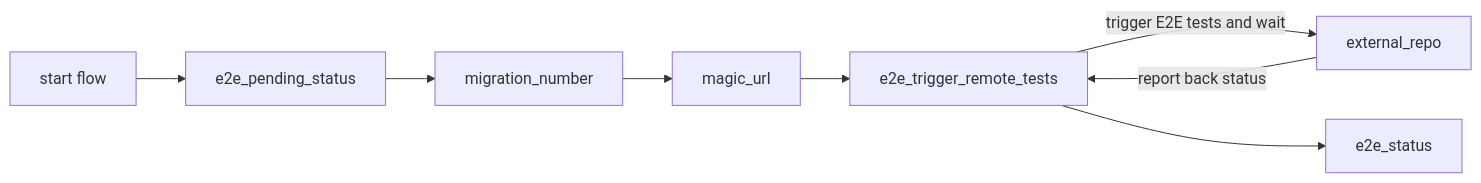
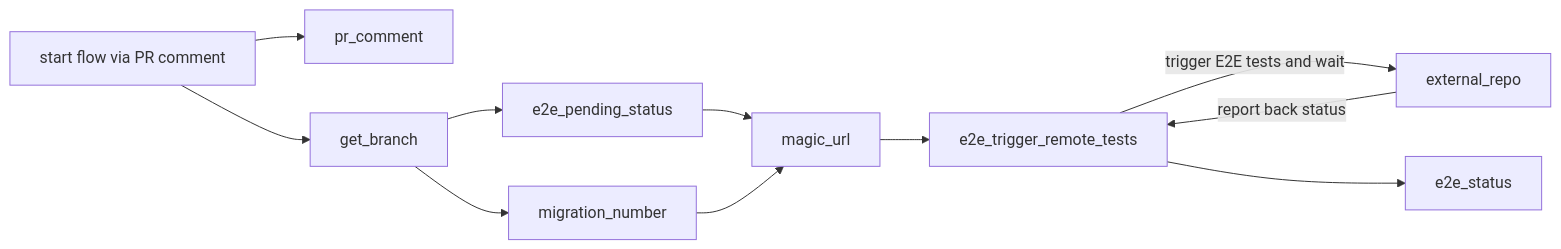
The diagram in .github/workflows/docs/frontend/frontend_runtime_utility_manual_e2e_trigger.md (JupiterOne/.github), drawn with Mermaid before and after one commit. The commit also changed 7 other files, not shown here.

````diff
--- a/.github/workflows/docs/frontend/frontend_runtime_utility_manual_e2e_trigger.md
+++ b/.github/workflows/docs/frontend/frontend_runtime_utility_manual_e2e_trigger.md
@@ -75,12 +75,16 @@
 ```mermaid
 graph LR;
-    A[start flow];
-    B[e2e_pending_status];
-    C[migration_number];
-    D[magic_url];
-    E[e2e_trigger_remote_tests];
-    F[external_repo];
-    G[e2e_status];
+    A[start flow via PR comment];
+    B[pr_comment];
+    C[get_branch];
+    D[e2e_pending_status];
+    E[migration_number];
+    F[magic_url];
+    G[e2e_trigger_remote_tests];
+    H[external_repo];
+    I[e2e_status];
 
-    A --> B --> C --> D --> E -->|trigger E2E tests and wait| F -->|report back status| E --> G;
+    A --> B;
+    A --> C --> D --> F --> G -->|trigger E2E tests and wait| H -->|report back status| G --> I;
+    C --> E --> F;
 ```
````
